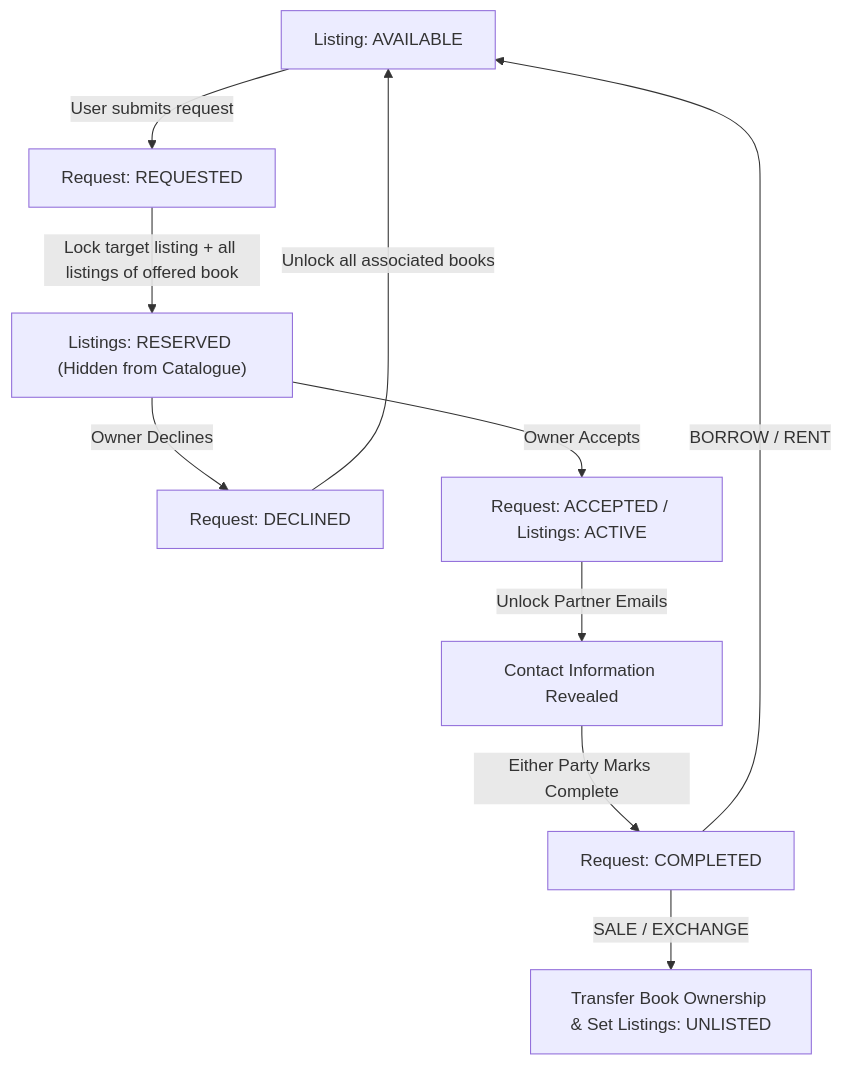
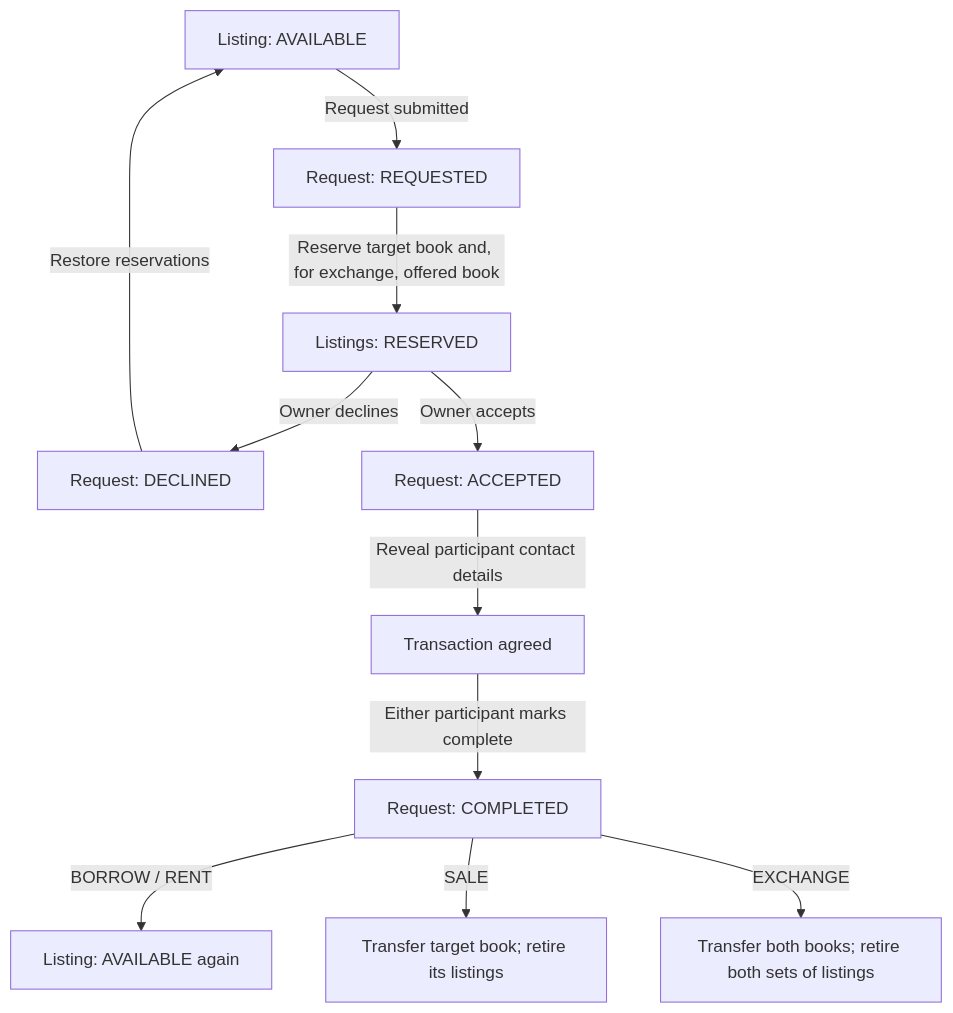
The second of 2 diagrams in README.md (nestorNiloy/bookloop-lite), drawn with Mermaid before and after one commit. The commit also changed other lines of this file, not shown here.

Commit message:
docs: clarify BookLoop Lite MVP scope and workflows

````diff
--- a/README.md
+++ b/README.md
@@ -45,15 +50,13 @@
 ```mermaid
 flowchart TD
-    A["Listing: AVAILABLE"] -->|User submits request| B["Request: REQUESTED"]
-    B -->|Lock target listing + all listings of offered book| C["Listings: RESERVED (Hidden from Catalogue)"]
-    
-    C -->|Owner Declines| D["Request: DECLINED"]
-    D -->|Unlock all associated books| A
-
-    C -->|Owner Accepts| E["Request: ACCEPTED / Listings: ACTIVE"]
-    E -->|Unlock Partner Emails| F["Contact Information Revealed"]
-    
-    F -->|Either Party Marks Complete| G["Request: COMPLETED"]
-    G -->|BORROW / RENT| A
-    G -->|SALE / EXCHANGE| H["Transfer Book Ownership & Set Listings: UNLISTED"]
+    A["Listing: AVAILABLE"] -->|Request submitted| B["Request: REQUESTED"]
+    B -->|Reserve target book and, for exchange, offered book| C["Listings: RESERVED"]
+    C -->|Owner declines| D["Request: DECLINED"]
+    D -->|Restore reservations| A
+    C -->|Owner accepts| E["Request: ACCEPTED"]
+    E -->|Reveal participant contact details| F["Transaction agreed"]
+    F -->|Either participant marks complete| G["Request: COMPLETED"]
+    G -->|BORROW / RENT| H["Listing: AVAILABLE again"]
+    G -->|SALE| I["Transfer target book; retire its listings"]
+    G -->|EXCHANGE| J["Transfer both books; retire both sets of listings"]
 ```
````
